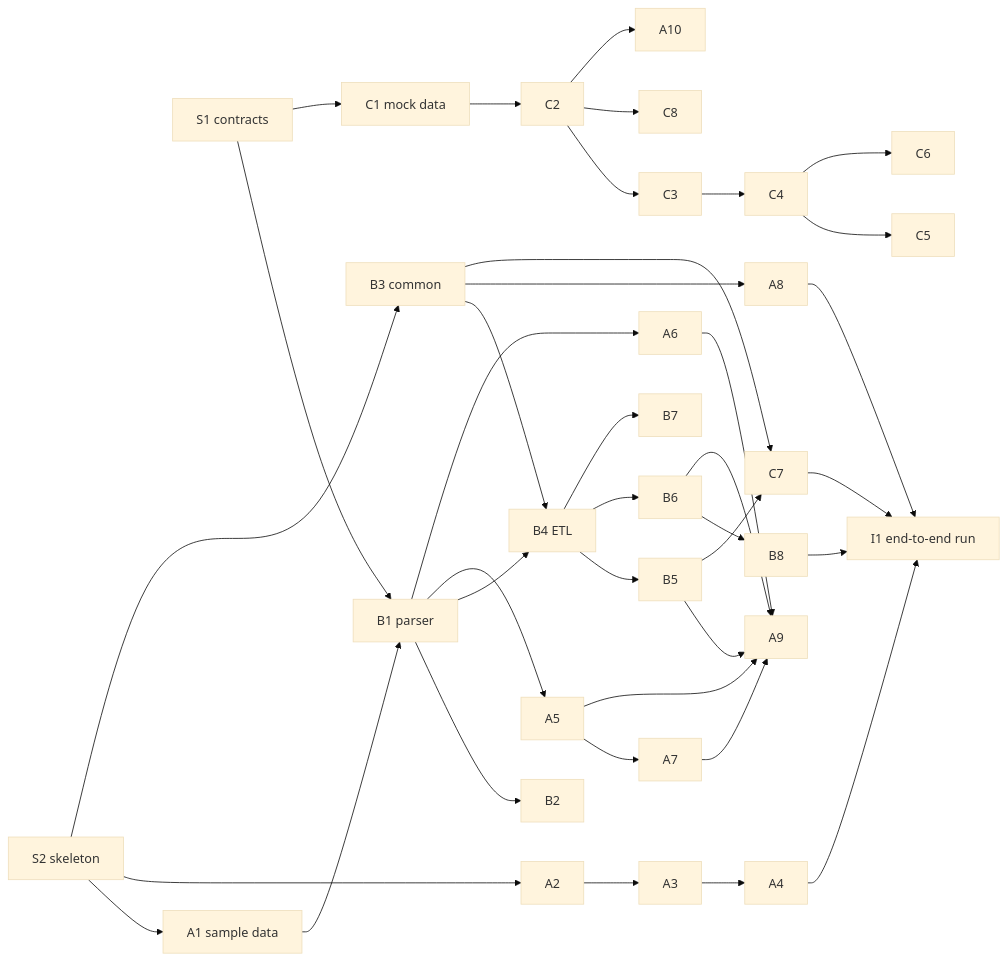
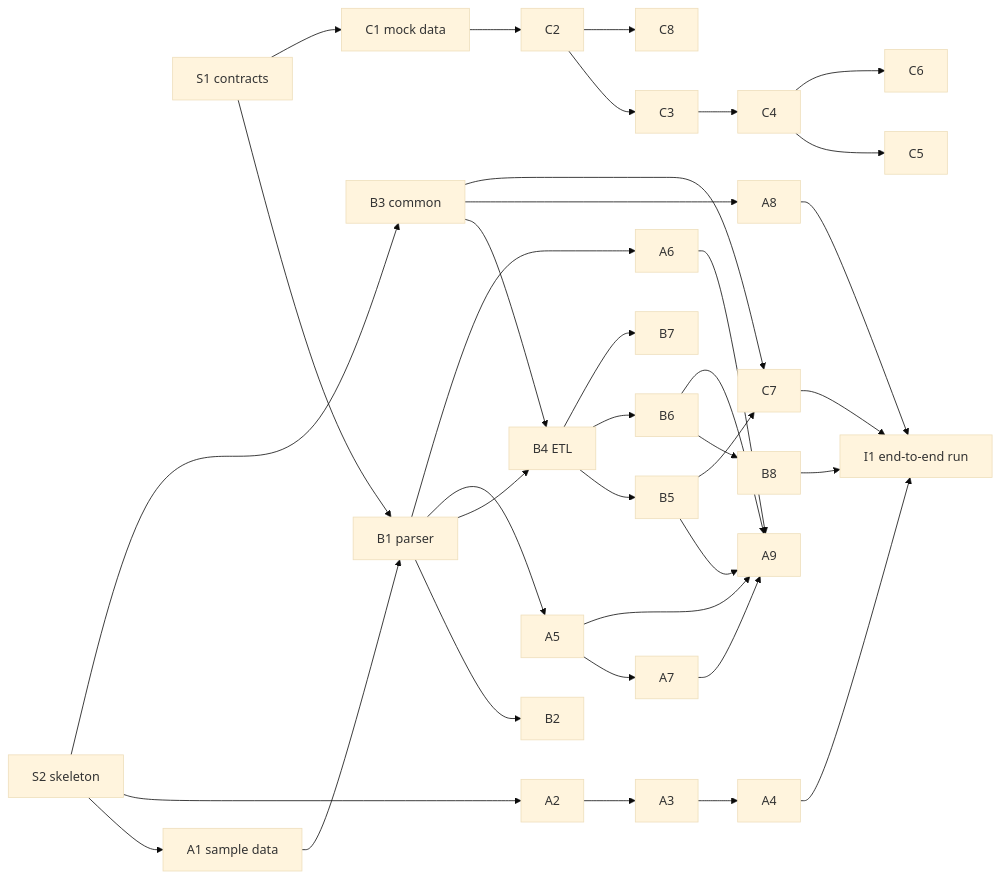
Before and after one commit to Madhav064/Log-File-Analysis-System: the diagram in docs/TEAM_TASKS.md, drawn with Mermaid (base theme). The commit also changed other lines of this file and 2 other files, not shown here.

````diff
--- a/docs/TEAM_TASKS.md
+++ b/docs/TEAM_TASKS.md
@@ -98,17 +97,17 @@
 ```mermaid
 flowchart LR
     S1[S1 contracts] --> B1 & C1
     S2[S2 skeleton] --> A1 & A2 & B3
     A1[A1 sample data] --> B1
     A2 --> A3 --> A4
     B1[B1 parser] --> B2 & B4 & A5 & A6
     B3[B3 common] --> B4 & A8 & C7
     B4[B4 ETL] --> B5 & B6 & B7
     B6 --> B8
     A5 --> A7
     A5 & A6 & A7 & B5 & B6 --> A9
     B5 --> C7
     C1[C1 mock data] --> C2 --> C3 --> C4 --> C5 & C6
-    C2 --> C8 & A10
+    C2 --> C8
     A4 & B8 & C7 & A8 --> I1[I1 end-to-end run]
 ```
````
